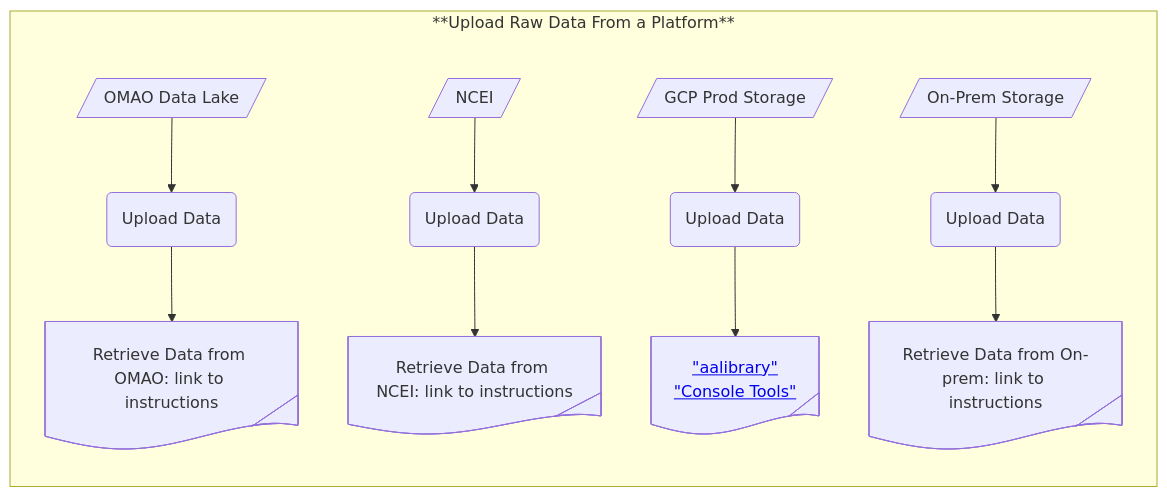
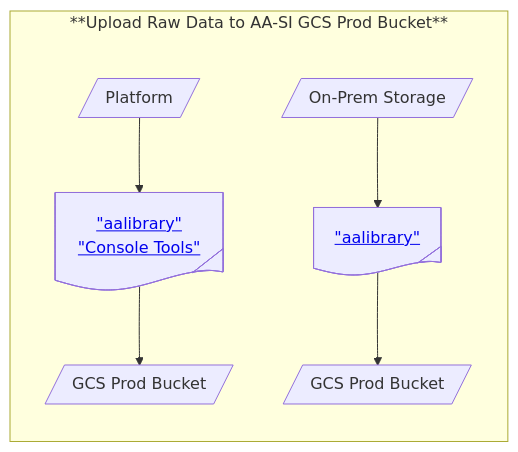
Before and after one commit to nmfs-ost/AA-SI_DataRoadMap: the first of 6 diagrams in README.md, drawn with Mermaid.

Commit message:
Update Level -1

````diff
--- a/README.md
+++ b/README.md
@@ -83,17 +83,15 @@
 ```mermaid
 ---
 config:
     flowchart:
         subGraphTitleMargin:
             "bottom": 30
 ---
 flowchart TB
-    subgraph SG_L0_DataSource["**Upload Raw Data From a Platform**"]
+    subgraph SG_L0_DataSource["**Upload Raw Data to AA-SI GCS Prod Bucket**"]
         direction TB
-        node_L0_SrcOMAO@{shape: lean-r, label: "OMAO Data Lake"} --> node_L0_RTROMAO@{ shape: rounded, label: "Upload Data" } --> node_L0_OMAO@{ shape: tag-doc, label: "Retrieve Data from OMAO: link to instructions" }
-        node_L0_SrcNCEI@{shape: lean-r, label: "NCEI"} --> node_L0_RTRNCEI@{ shape: rounded, label: "Upload Data" } --> node_L0_NCEI@{ shape: tag-doc, label: "Retrieve Data from NCEI: link to instructions" }
-        node_L0_SrcGCP@{shape: lean-r, label: "GCP Prod Storage"} --> node_L0_RTRGCP@{ shape: rounded, label: "Upload Data" } --> node_L0_GCP@{ shape: tag-doc, label: <a href="https://nmfs-ost.github.io/AA-SI_aalibrary/documentation/aalibrary" target="_blank"> "aalibrary"</a><br> <a href="https://github.com/nmfs-ost/AA-SI_ConsoleTools" target="_blank"> "Console Tools" </a> }
-        node_L0_SrcOP@{shape: lean-r, label: "On-Prem Storage"} --> node_L0_RTROP@{ shape: rounded, label: "Upload Data" } --> node_L0_OP@{ shape: tag-doc, label: "Retrieve Data from On-prem: link to instructions" }
+        node_L0_SrcP@{shape: lean-r, label: "Platform"} --> node_L0_AA1@{ shape: tag-doc, label: <a href="https://nmfs-ost.github.io/AA-SI_aalibrary/documentation/aalibrary" target="_blank"> "aalibrary"</a><br> <a href="https://github.com/nmfs-ost/AA-SI_ConsoleTools" target="_blank"> "Console Tools" </a> } --> node_L0_GCS1@{shape: lean-r, label: "GCS Prod Bucket" }
+        node_L0_SrcOP@{shape: lean-r, label: "On-Prem Storage"} --> node_L0_AA2@{ shape: tag-doc, label: <a href="https://nmfs-ost.github.io/AA-SI_aalibrary/documentation/aalibrary" target="_blank"> "aalibrary"</a> } --> node_L0_GCS2@{shape: lean-r, label: "GCS Prod Bucket" }
         %%style node_SrcOMAO color:blue
     end
 ```
````
